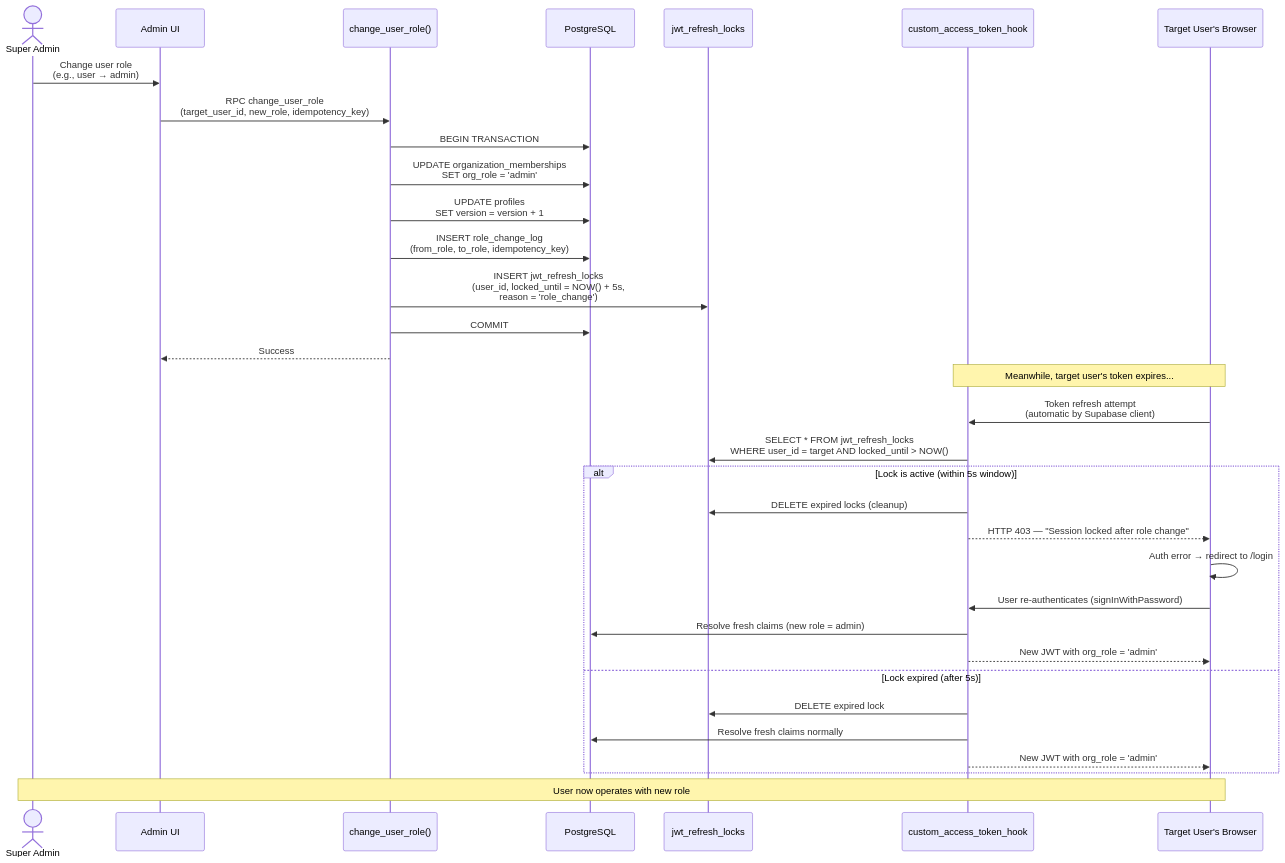
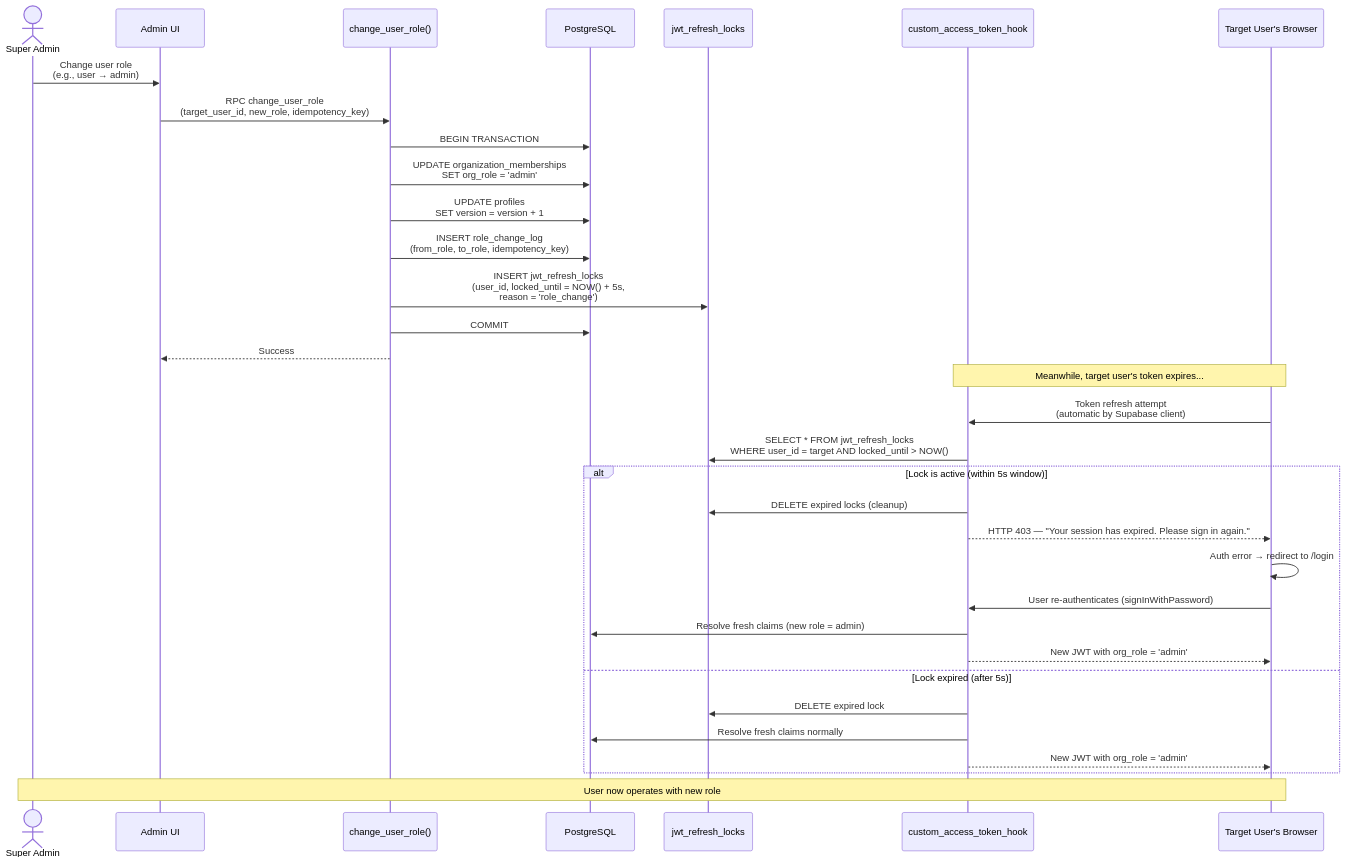
The sixth of 8 diagrams in SYSTEM_FLOWCHARTS.md (nickosmas/dub-grid), drawn with Mermaid before and after one commit. The commit also changed other lines of this file and 4 other files, not shown here.

````diff
--- a/SYSTEM_FLOWCHARTS.md
+++ b/SYSTEM_FLOWCHARTS.md
@@ -615,42 +631,42 @@
 ```mermaid
 sequenceDiagram
     actor Admin as Super Admin
     participant UI as Admin UI
     participant RPC as change_user_role()
     participant DB as PostgreSQL
     participant Lock as jwt_refresh_locks
     participant Hook as custom_access_token_hook
     participant Target as Target User's Browser
 
     Admin->>UI: Change user role<br/>(e.g., user → admin)
     UI->>RPC: RPC change_user_role<br/>(target_user_id, new_role, idempotency_key)
 
     RPC->>DB: BEGIN TRANSACTION
     RPC->>DB: UPDATE organization_memberships<br/>SET org_role = 'admin'
     RPC->>DB: UPDATE profiles<br/>SET version = version + 1
     RPC->>DB: INSERT role_change_log<br/>(from_role, to_role, idempotency_key)
     RPC->>Lock: INSERT jwt_refresh_locks<br/>(user_id, locked_until = NOW() + 5s,<br/>reason = 'role_change')
     RPC->>DB: COMMIT
 
     RPC-->>UI: Success
 
     Note over Target,Hook: Meanwhile, target user's token expires...
 
     Target->>Hook: Token refresh attempt<br/>(automatic by Supabase client)
     Hook->>Lock: SELECT * FROM jwt_refresh_locks<br/>WHERE user_id = target AND locked_until > NOW()
 
     alt Lock is active (within 5s window)
         Hook->>Lock: DELETE expired locks (cleanup)
-        Hook-->>Target: HTTP 403 — "Session locked after role change"
+        Hook-->>Target: HTTP 403 — "Your session has expired. Please sign in again."
         Target->>Target: Auth error → redirect to /login
         Target->>Hook: User re-authenticates (signInWithPassword)
         Hook->>DB: Resolve fresh claims (new role = admin)
         Hook-->>Target: New JWT with org_role = 'admin'
     else Lock expired (after 5s)
         Hook->>Lock: DELETE expired lock
         Hook->>DB: Resolve fresh claims normally
         Hook-->>Target: New JWT with org_role = 'admin'
     end
 
     Note over Admin,Target: User now operates with new role
 ```
````
